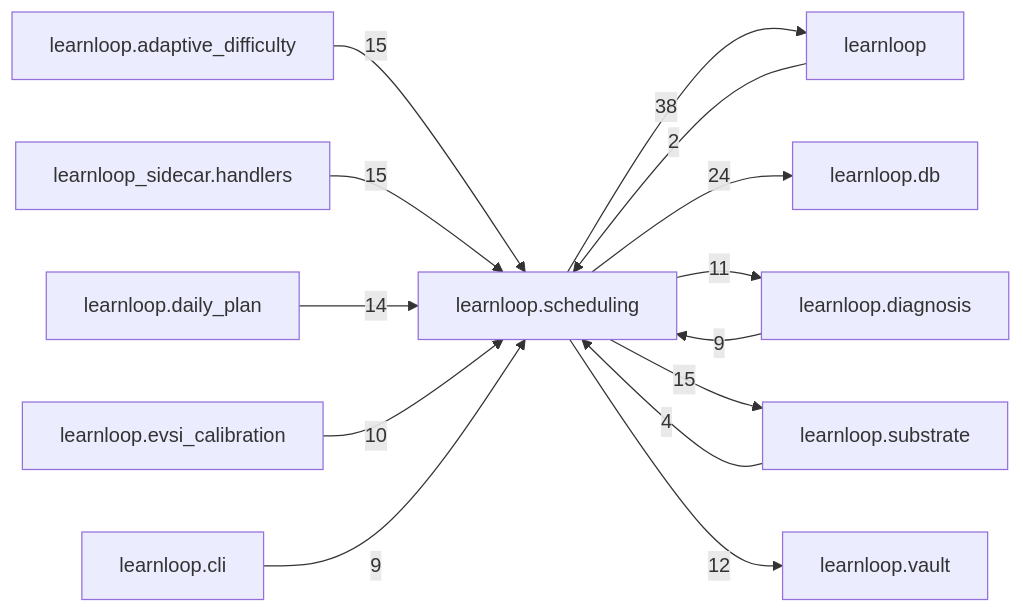
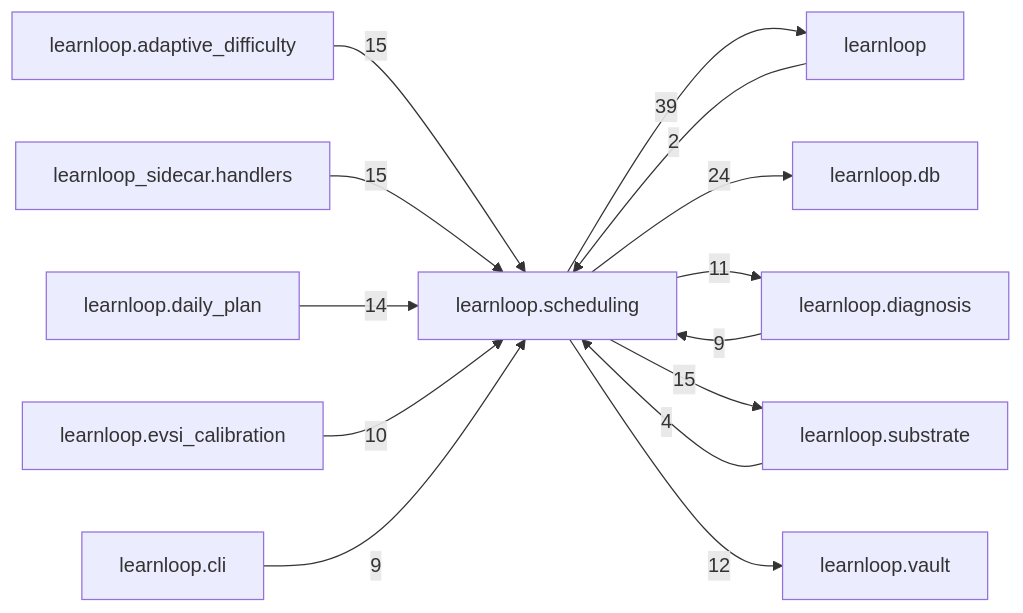
One commit to 6up-b/learnanything changed the diagram in docs/learnloop-architecture-vault/Reference/Modules/learnloop/scheduling/_package.md. Above: the diagram before and after it, drawn with Mermaid. The commit also changed other lines of this file and 30 other files, not shown here.

````diff
--- a/docs/learnloop-architecture-vault/Reference/Modules/learnloop/scheduling/_package.md
+++ b/docs/learnloop-architecture-vault/Reference/Modules/learnloop/scheduling/_package.md
@@ -174,27 +174,27 @@
 ```mermaid
 flowchart LR
     center["learnloop.scheduling"]
     n_learnloop["learnloop"]
     n_learnloop_db["learnloop.db"]
     n_learnloop_diagnosis["learnloop.diagnosis"]
     n_learnloop_substrate["learnloop.substrate"]
     n_learnloop_adaptive_difficulty["learnloop.adaptive_difficulty"]
     n_learnloop_sidecar_handlers["learnloop_sidecar.handlers"]
     n_learnloop_daily_plan["learnloop.daily_plan"]
     n_learnloop_vault["learnloop.vault"]
     n_learnloop_evsi_calibration["learnloop.evsi_calibration"]
     n_learnloop_cli["learnloop.cli"]
     n_learnloop -->|2| center
-    center -->|38| n_learnloop
+    center -->|39| n_learnloop
     center -->|24| n_learnloop_db
     n_learnloop_diagnosis -->|9| center
     center -->|11| n_learnloop_diagnosis
     n_learnloop_substrate -->|4| center
     center -->|15| n_learnloop_substrate
     n_learnloop_adaptive_difficulty -->|15| center
     n_learnloop_sidecar_handlers -->|15| center
     n_learnloop_daily_plan -->|14| center
     center -->|12| n_learnloop_vault
     n_learnloop_evsi_calibration -->|10| center
     n_learnloop_cli -->|9| center
 ```
````
